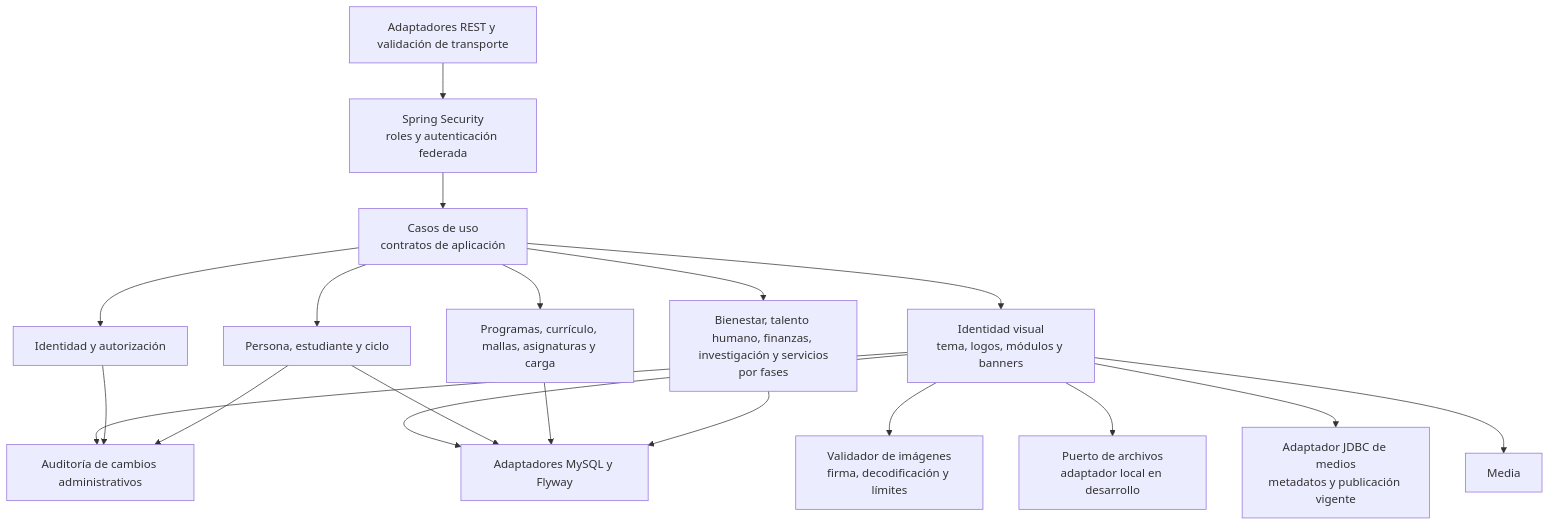
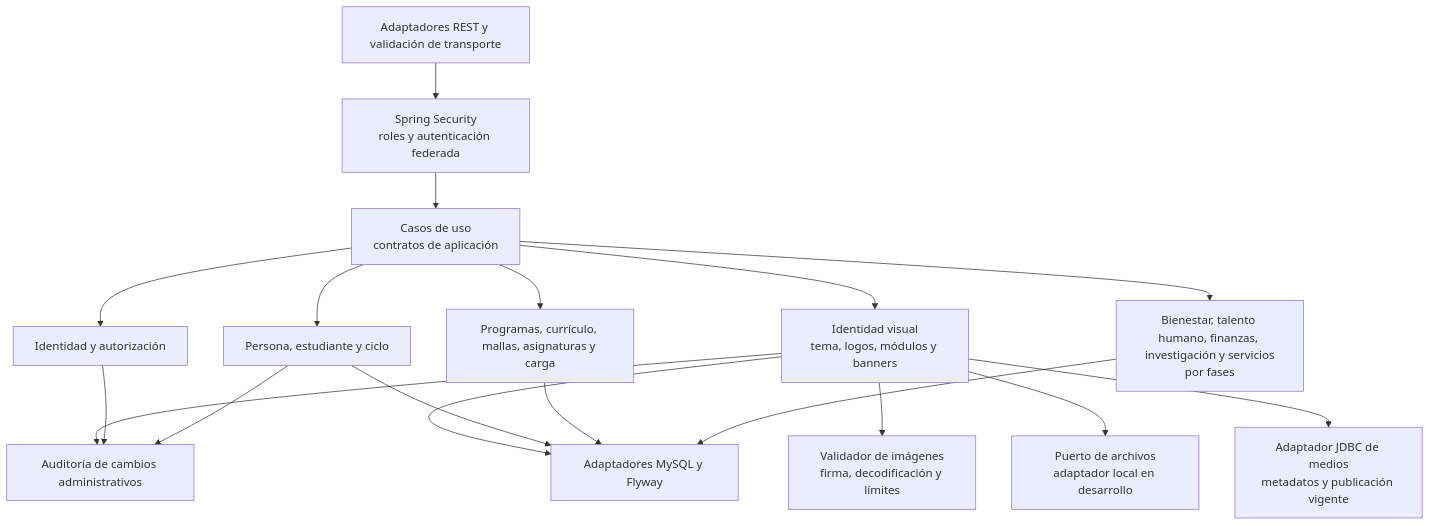
One commit to jdsalasca/open-university-backend changed the third of 3 diagrams in docs/architecture/c4.md. Above: the diagram before and after it, drawn with Mermaid.

Commit message:
docs: correct branding asset component diagram

````diff
--- a/docs/architecture/c4.md
+++ b/docs/architecture/c4.md
@@ -47,35 +47,34 @@
 ```mermaid
 flowchart TB
   Web[Adaptadores REST y validación de transporte]
   Security[Spring Security\nroles y autenticación federada]
   UseCases[Casos de uso\ncontratos de aplicación]
   Branding[Identidad visual\ntema, logos, módulos y banners]
   Identity[Identidad y autorización]
   Student[Persona, estudiante y ciclo]
   Academics[Programas, currículo, mallas, asignaturas y carga]
   Other[Bienestar, talento humano, finanzas, investigación y servicios\npor fases]
   Audit[Auditoría de cambios administrativos]
   Persistence[Adaptadores MySQL y Flyway]
   MediaValidation[Validador de imágenes\nfirma, decodificación y límites]
   AssetStorage[Puerto de archivos\nadaptador local en desarrollo]
   AssetRepository[Adaptador JDBC de medios\nmetadatos y publicación vigente]
 
   Web --> Security
   Security --> UseCases
   UseCases --> Branding
   UseCases --> Identity
   UseCases --> Student
   UseCases --> Academics
   UseCases --> Other
   Branding --> Audit
   Identity --> Audit
   Student --> Audit
   Branding --> Persistence
   Branding --> MediaValidation
   Branding --> AssetStorage
   Branding --> AssetRepository
   Student --> Persistence
   Academics --> Persistence
   Other --> Persistence
-  Branding --> Media
 ```
````
